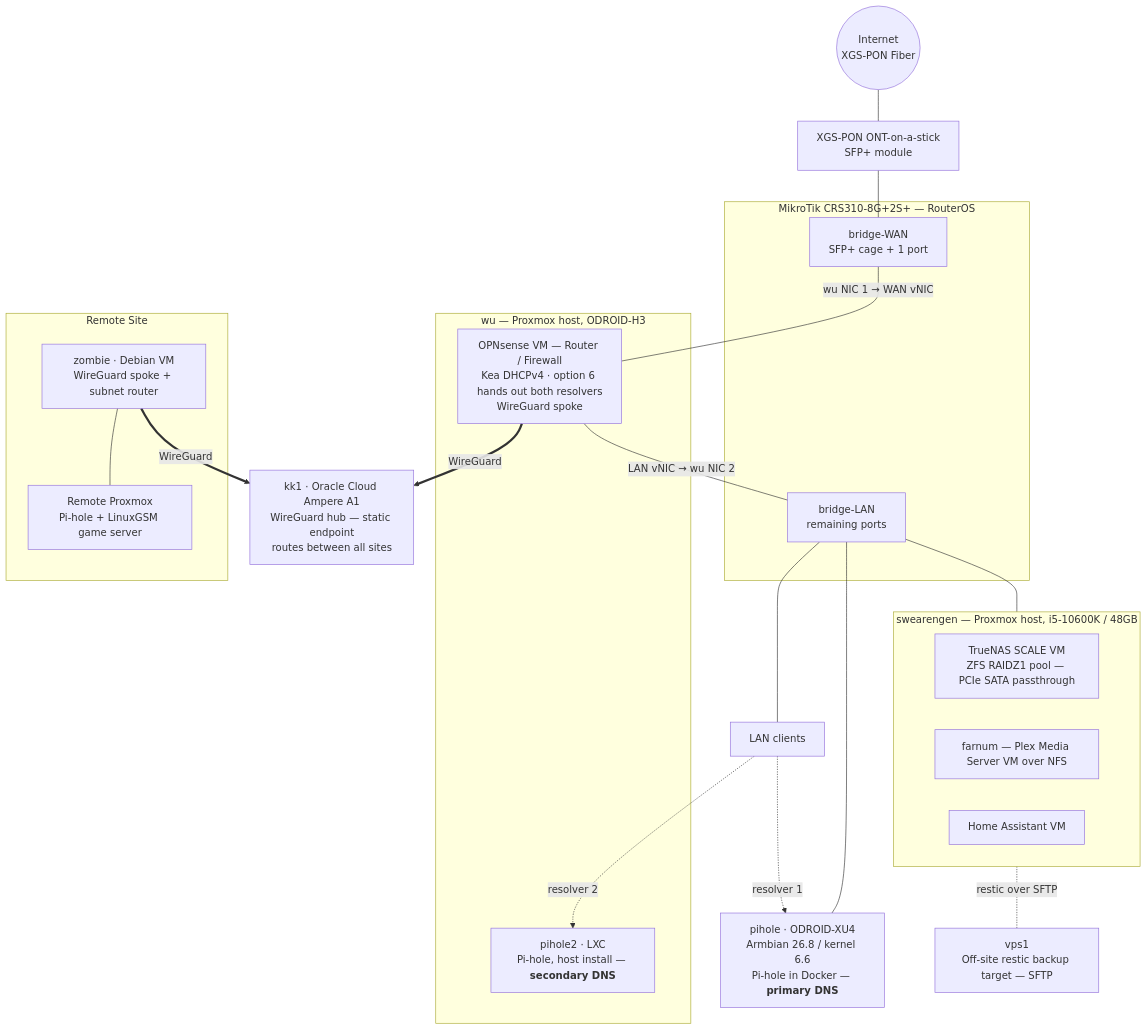
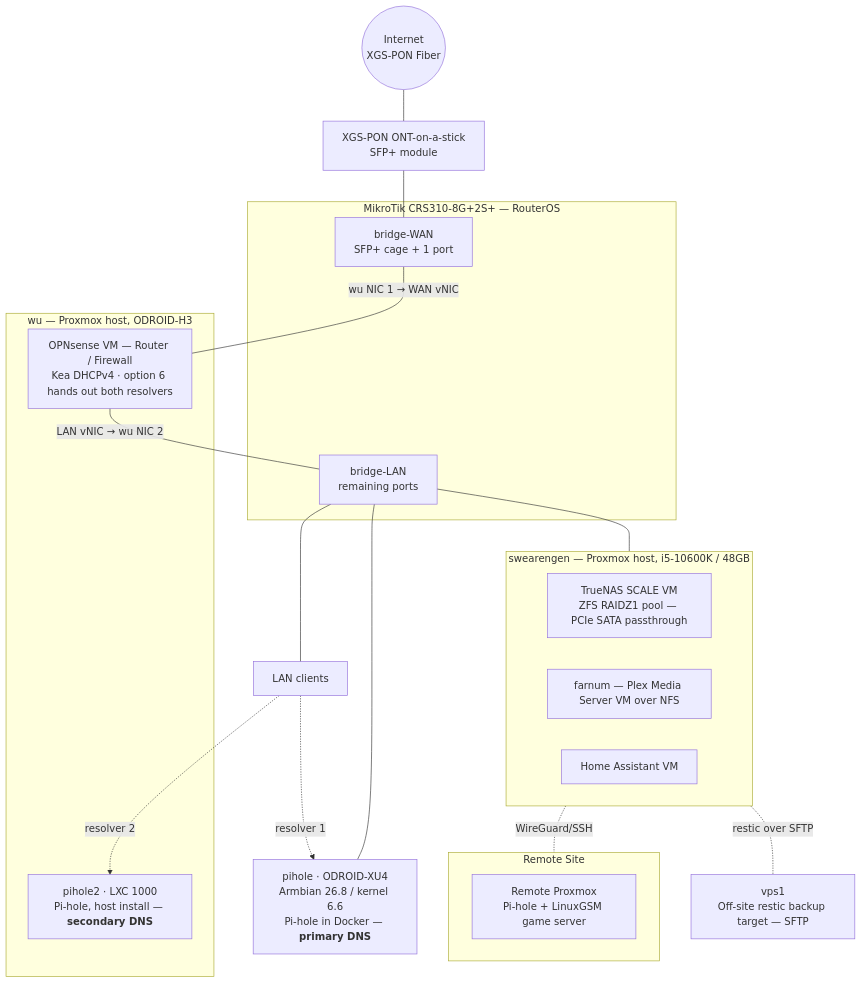
Before and after one commit to greenbeanorg/greenbeanorg: the diagram in README.md, drawn with Mermaid. The commit also changed other lines of this file, not shown here.

Commit message:
Network diagram: split DNS into primary/secondary resolvers

````diff
--- a/README.md
+++ b/README.md
@@ -16,47 +16,42 @@
 ```mermaid
 flowchart TB
     INET((Internet<br/>XGS-PON Fiber))
     ONT[XGS-PON ONT-on-a-stick<br/>SFP+ module]
 
     subgraph SW [MikroTik CRS310-8G+2S+ — RouterOS]
         BW[bridge-WAN<br/>SFP+ cage + 1 port]
         BL[bridge-LAN<br/>remaining ports]
     end
 
     subgraph WU [wu — Proxmox host, ODROID-H3]
-        FW[OPNsense VM — Router / Firewall<br/>Kea DHCPv4 · option 6 hands out both resolvers<br/>WireGuard spoke]
-        PH2[pihole2 · LXC<br/>Pi-hole, host install — <b>secondary DNS</b>]
+        FW[OPNsense VM — Router / Firewall<br/>Kea DHCPv4 · option 6 hands out both resolvers]
+        PH2[pihole2 · LXC 1000<br/>Pi-hole, host install — <b>secondary DNS</b>]
     end
 
     PH1[pihole · ODROID-XU4<br/>Armbian 26.8 / kernel 6.6<br/>Pi-hole in Docker — <b>primary DNS</b>]
 
     subgraph SWG [swearengen — Proxmox host, i5-10600K / 48GB]
         NAS[TrueNAS SCALE VM<br/>ZFS RAIDZ1 pool — PCIe SATA passthrough]
         FARN[farnum — Plex Media Server VM over NFS]
         HA[Home Assistant VM]
     end
 
     CLIENTS[LAN clients]
 
-    KK1[kk1 · Oracle Cloud Ampere A1<br/>WireGuard hub — static endpoint<br/>routes between all sites]
-
     subgraph REMOTE [Remote Site]
         RPX[Remote Proxmox<br/>Pi-hole + LinuxGSM game server]
-        ZOM[zombie · Debian VM<br/>WireGuard spoke + subnet router]
     end
 
     VPS[vps1<br/>Off-site restic backup target — SFTP]
 
     INET --- ONT --- BW
     BW ---|"wu NIC 1 → WAN vNIC"| FW
     FW ---|"LAN vNIC → wu NIC 2"| BL
     BL --- CLIENTS
     BL --- PH1
     BL --- SWG
     CLIENTS -. "resolver 1" .-> PH1
     CLIENTS -. "resolver 2" .-> PH2
-    FW == "WireGuard" ==> KK1
-    ZOM == "WireGuard" ==> KK1
-    ZOM --- RPX
+    SWG -. WireGuard/SSH .- REMOTE
     SWG -. restic over SFTP .- VPS
 ```
````
